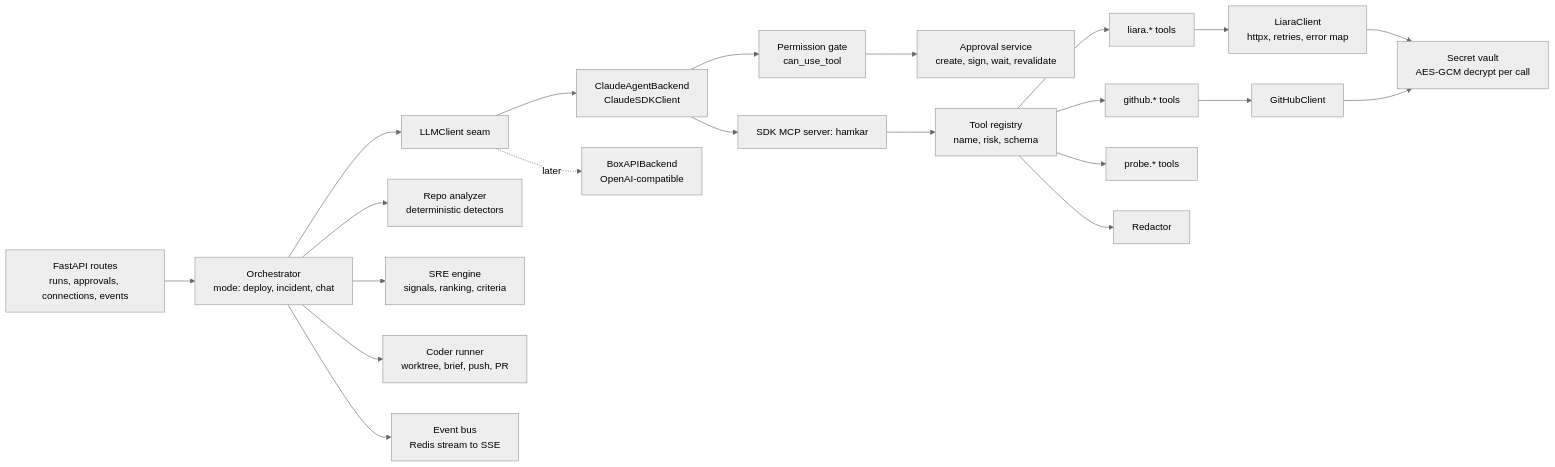
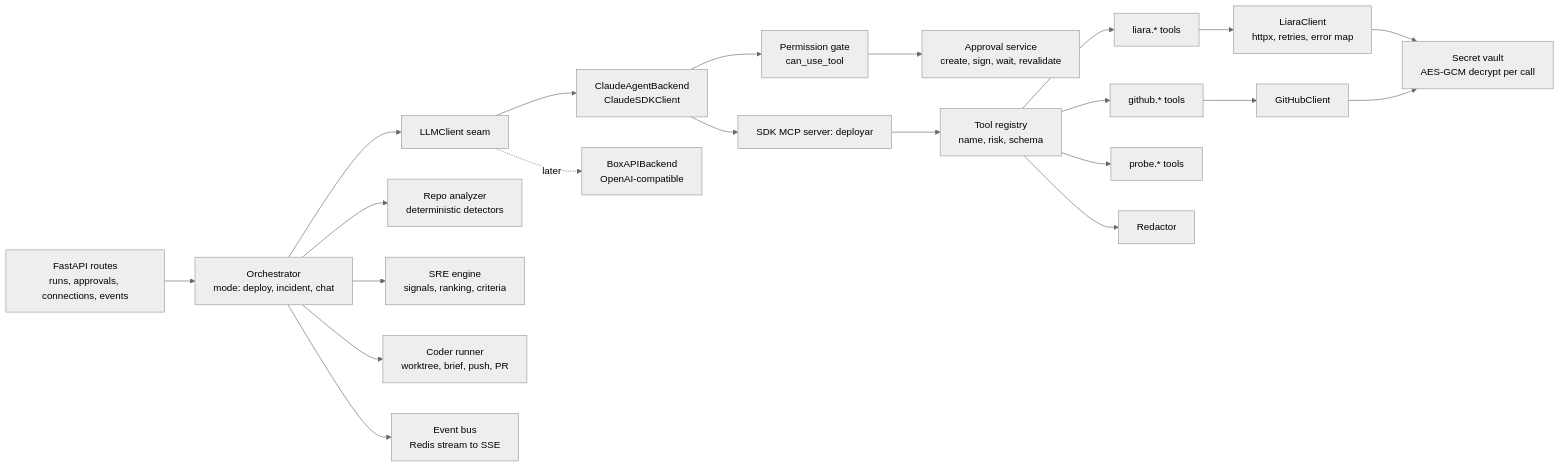
The third of 10 diagrams in docs/ARCHITECTURE.md (amircodington/deployar), drawn with Mermaid (neutral theme) before and after one commit. The commit also changed other lines of this file and 33 other files, not shown here.

````diff
--- a/docs/ARCHITECTURE.md
+++ b/docs/ARCHITECTURE.md
@@ -65,23 +65,23 @@
 ```mermaid
 flowchart LR
   api["FastAPI routes<br/>runs, approvals, connections, events"] --> orch["Orchestrator<br/>mode: deploy, incident, chat"]
   orch --> llm["LLMClient seam"]
   llm --> cab["ClaudeAgentBackend<br/>ClaudeSDKClient"]
   llm -.later.-> bab["BoxAPIBackend<br/>OpenAI-compatible"]
   cab --> perm["Permission gate<br/>can_use_tool"]
   perm --> appr["Approval service<br/>create, sign, wait, revalidate"]
-  cab --> mcp["SDK MCP server: hamkar"]
+  cab --> mcp["SDK MCP server: deployar"]
   mcp --> reg["Tool registry<br/>name, risk, schema"]
   reg --> tl["liara.* tools"]
   reg --> tg["github.* tools"]
   reg --> tp["probe.* tools"]
   tl --> lc["LiaraClient<br/>httpx, retries, error map"]
   tg --> gc["GitHubClient"]
   reg --> red["Redactor"]
   orch --> an["Repo analyzer<br/>deterministic detectors"]
   orch --> sre["SRE engine<br/>signals, ranking, criteria"]
   orch --> cf["Coder runner<br/>worktree, brief, push, PR"]
   orch --> bus["Event bus<br/>Redis stream to SSE"]
   lc --> vault["Secret vault<br/>AES-GCM decrypt per call"]
   gc --> vault
 ```
````
